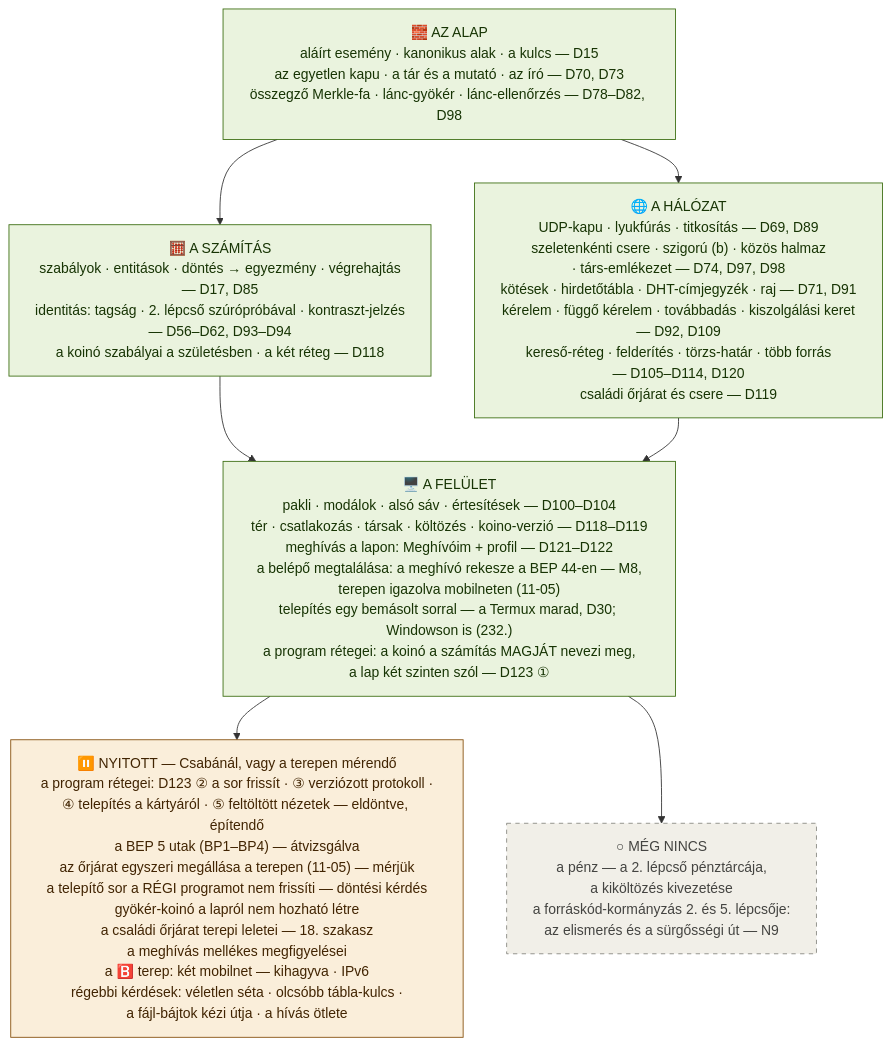
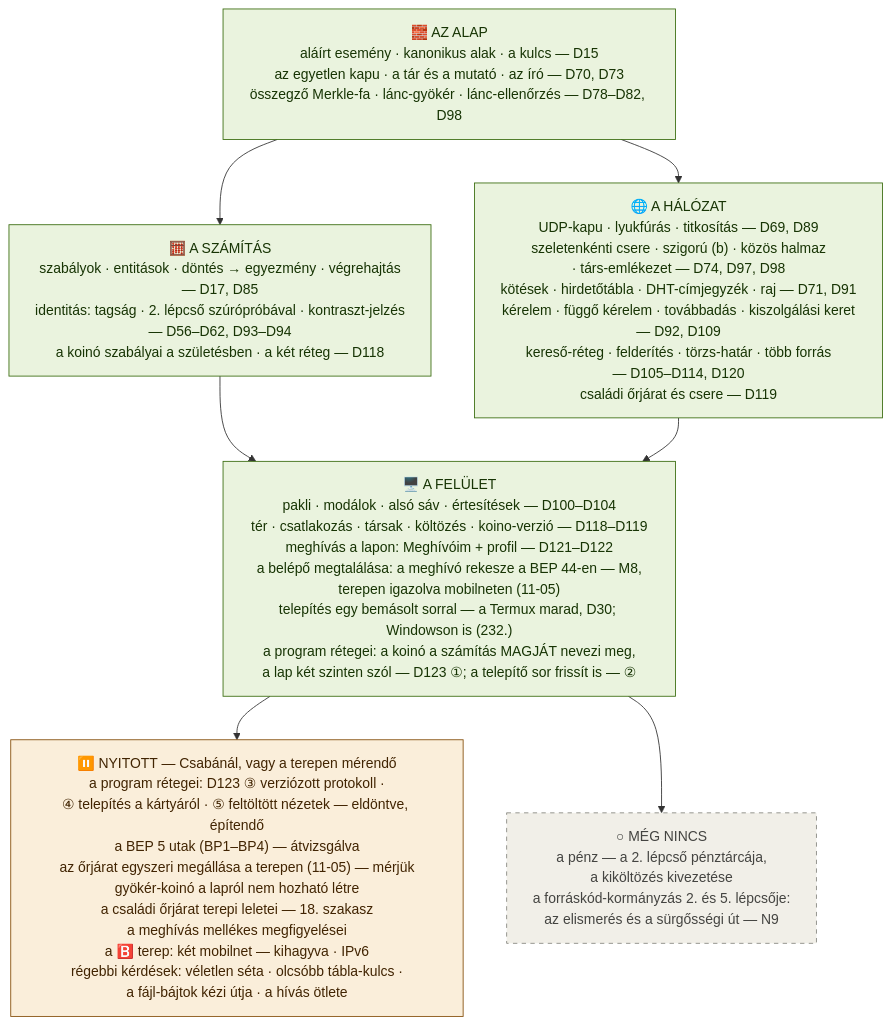
Before and after one commit to Biszt/koino_1.1: the eighth of 8 diagrams in docs/folyamatabra.md, drawn with Mermaid. The commit also changed other lines of this file and 12 other files, not shown here.

First line of the commit message:
D123 ②: a telepítő sor a már telepített programot is frissíti (PR7)

````diff
--- a/docs/folyamatabra.md
+++ b/docs/folyamatabra.md
@@ -374,23 +374,23 @@
 ```mermaid
 %%{init: {"flowchart": {"wrappingWidth": 460}}}%%
 flowchart TB
     ALAP["🧱 AZ ALAP<br/>aláírt esemény · kanonikus alak · a kulcs — D15<br/>az egyetlen kapu · a tár és a mutató · az író — D70, D73<br/>összegző Merkle-fa · lánc-gyökér · lánc-ellenőrzés — D78–D82, D98"]
     SZAM["🧮 A SZÁMÍTÁS<br/>szabályok · entitások · döntés → egyezmény · végrehajtás<br/>— D17, D85<br/>identitás: tagság · 2. lépcső szúrópróbával · kontraszt-jelzés<br/>— D56–D62, D93–D94<br/>a koinó szabályai a születésben · a két réteg — D118"]
     HAL["🌐 A HÁLÓZAT<br/>UDP-kapu · lyukfúrás · titkosítás — D69, D89<br/>szeletenkénti csere · szigorú (b) · közös halmaz<br/>· társ-emlékezet — D74, D97, D98<br/>kötések · hirdetőtábla · DHT-címjegyzék · raj — D71, D91<br/>kérelem · függő kérelem · továbbadás · kiszolgálási keret<br/>— D92, D109<br/>kereső-réteg · felderítés · törzs-határ · több forrás<br/>— D105–D114, D120<br/>családi őrjárat és csere — D119"]
-    FEL["🖥️ A FELÜLET<br/>pakli · modálok · alsó sáv · értesítések — D100–D104<br/>tér · csatlakozás · társak · költözés · koino-verzió — D118–D119<br/>meghívás a lapon: Meghívóim + profil — D121–D122<br/>a belépő megtalálása: a meghívó rekesze a BEP 44-en — M8,<br/>terepen igazolva mobilneten (11-05)<br/>telepítés egy bemásolt sorral — a Termux marad, D30; Windowson is (232.)<br/>a program rétegei: a koinó a számítás MAGJÁT nevezi meg,<br/>a lap két szinten szól — D123 ①"]
-    NY["⏸️ NYITOTT — Csabánál, vagy a terepen mérendő<br/>a program rétegei: D123 ② a sor frissít · ③ verziózott protokoll ·<br/>④ telepítés a kártyáról · ⑤ feltöltött nézetek — eldöntve, építendő<br/>a BEP 5 utak (BP1–BP4) — átvizsgálva<br/>az őrjárat egyszeri megállása a terepen (11-05) — mérjük<br/>a telepítő sor a RÉGI programot nem frissíti — döntési kérdés<br/>gyökér-koinó a lapról nem hozható létre<br/>a családi őrjárat terepi leletei — 18. szakasz<br/>a meghívás mellékes megfigyelései<br/>a 🅱️ terep: két mobilnet — kihagyva · IPv6<br/>régebbi kérdések: véletlen séta · olcsóbb tábla-kulcs ·<br/>a fájl-bájtok kézi útja · a hívás ötlete"]
+    FEL["🖥️ A FELÜLET<br/>pakli · modálok · alsó sáv · értesítések — D100–D104<br/>tér · csatlakozás · társak · költözés · koino-verzió — D118–D119<br/>meghívás a lapon: Meghívóim + profil — D121–D122<br/>a belépő megtalálása: a meghívó rekesze a BEP 44-en — M8,<br/>terepen igazolva mobilneten (11-05)<br/>telepítés egy bemásolt sorral — a Termux marad, D30; Windowson is (232.)<br/>a program rétegei: a koinó a számítás MAGJÁT nevezi meg,<br/>a lap két szinten szól — D123 ①; a telepítő sor frissít is — ②"]
+    NY["⏸️ NYITOTT — Csabánál, vagy a terepen mérendő<br/>a program rétegei: D123 ③ verziózott protokoll ·<br/>④ telepítés a kártyáról · ⑤ feltöltött nézetek — eldöntve, építendő<br/>a BEP 5 utak (BP1–BP4) — átvizsgálva<br/>az őrjárat egyszeri megállása a terepen (11-05) — mérjük<br/>gyökér-koinó a lapról nem hozható létre<br/>a családi őrjárat terepi leletei — 18. szakasz<br/>a meghívás mellékes megfigyelései<br/>a 🅱️ terep: két mobilnet — kihagyva · IPv6<br/>régebbi kérdések: véletlen séta · olcsóbb tábla-kulcs ·<br/>a fájl-bájtok kézi útja · a hívás ötlete"]
     NI["○ MÉG NINCS<br/>a pénz — a 2. lépcső pénztárcája,<br/>a kiköltözés kivezetése<br/>a forráskód-kormányzás 2. és 5. lépcsője:<br/>az elismerés és a sürgősségi út — N9"]
     ALAP --> SZAM
     ALAP --> HAL
     SZAM --> FEL
     HAL --> FEL
     FEL --> NY
     FEL --> NI
 
     classDef kesz fill:#EAF3DE,stroke:#3B6D11,color:#173404
     classDef nyitott fill:#FAEEDA,stroke:#854F0B,color:#412402
     classDef nincs fill:#F1EFE8,stroke:#888780,color:#444441,stroke-dasharray:5 5
     class ALAP,SZAM,HAL,FEL kesz
     class NY nyitott
     class NI nincs
 ```
````
